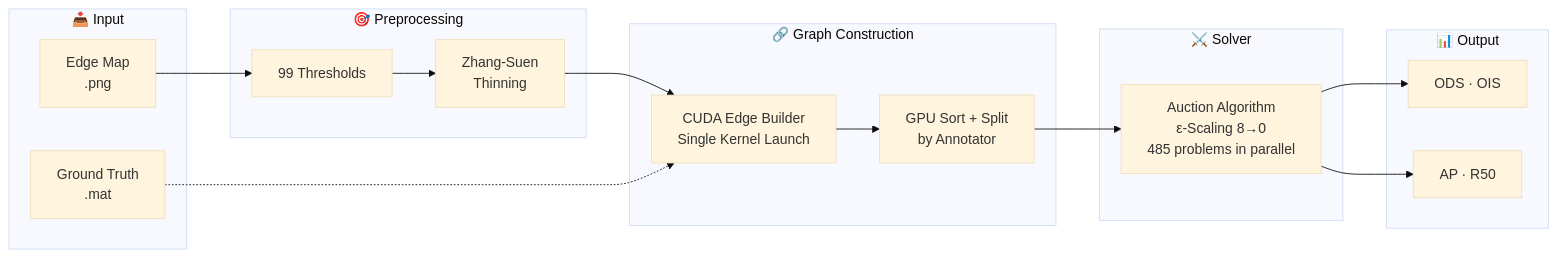
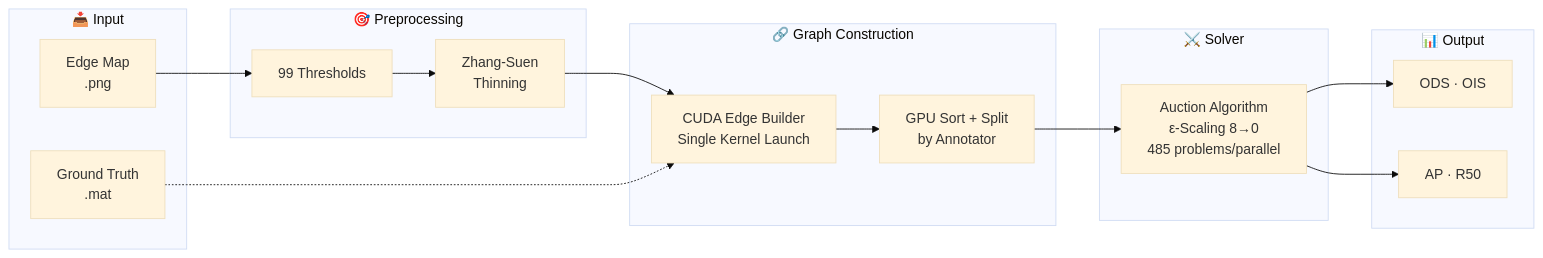
Before and after one commit to 0xrjman/edgeval.cu: the diagram in README.md, drawn with Mermaid (base theme). The commit also changed other lines of this file, not shown here.

````diff
--- a/README.md
+++ b/README.md
@@ -37,31 +36,31 @@
 ```mermaid
 flowchart LR
     subgraph Input["📥 Input"]
         EP["Edge Map\n.png"]
         GT["Ground Truth\n.mat"]
     end
 
     subgraph Pre["🎯 Preprocessing"]
         THR["99 Thresholds"]
         THIN["Zhang-Suen\nThinning"]
     end
 
     subgraph Graph["🔗 Graph Construction"]
         EDGE["CUDA Edge Builder\nSingle Kernel Launch"]
         SORT["GPU Sort + Split\nby Annotator"]
     end
 
     subgraph Solve["⚔️ Solver"]
-        AUCT["Auction Algorithm\nε-Scaling 8→0\n485 problems in parallel"]
+        AUCT["Auction Algorithm\nε-Scaling 8→0\n485 problems/parallel"]
     end
 
     subgraph Out["📊 Output"]
         ODS["ODS · OIS"]
         AP["AP · R50"]
     end
 
     EP --> THR --> THIN --> EDGE
     GT -.-> EDGE
     EDGE --> SORT --> AUCT --> ODS
     AUCT --> AP
 ```
````
